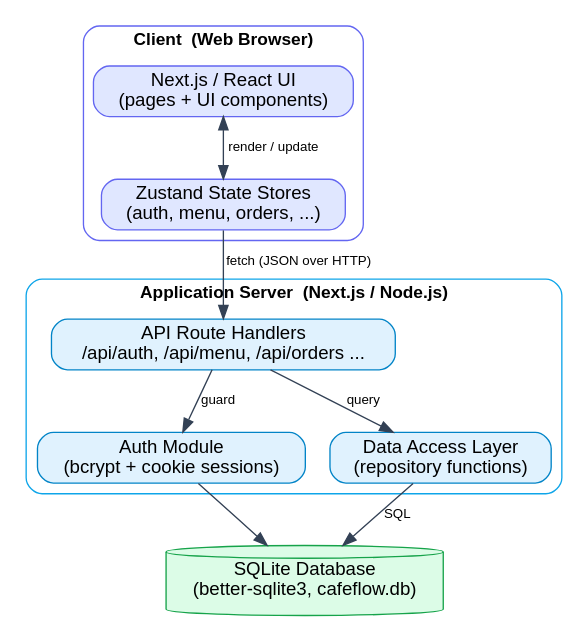
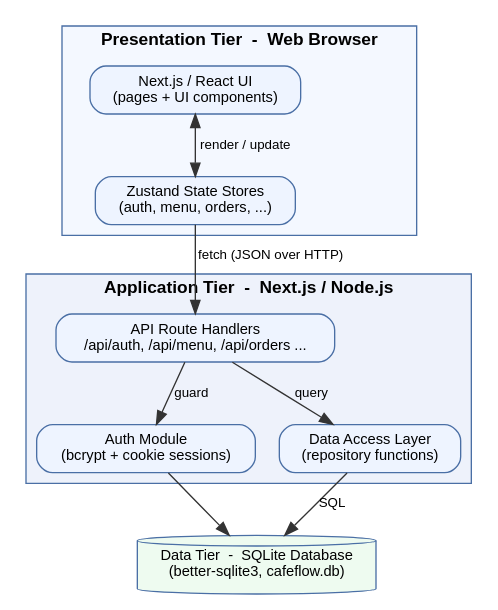
Before and after one commit to ululululu5656/finalproject: the diagram in docs/submission/assets/diagrams/architecture.dot, drawn with Graphviz. The commit also changed 12 other files, not shown here.

First line of the commit message:
Adopt pocket-drs report format; rebuild ER as crow's-foot diagram

```diff
--- a/docs/submission/assets/diagrams/architecture.dot
+++ b/docs/submission/assets/diagrams/architecture.dot
@@ -1,28 +1,31 @@
 digraph Architecture {
   rankdir=TB;
-  graph [bgcolor=white, fontname="Helvetica", fontsize=13, compound=true];
-  node  [fontname="Helvetica", shape=box, style="rounded,filled"];
-  edge  [fontname="Helvetica", fontsize=10, color="#334155"];
+  bgcolor=white;
+  graph [fontname="Helvetica", fontsize=13, compound=true];
+  node  [fontname="Helvetica", fontsize=11, shape=box, style="rounded,filled", fillcolor="#eef4ff", color="#4a6fa5"];
+  edge  [fontname="Helvetica", fontsize=10, color="#333333"];
 
   subgraph cluster_client {
-    label="Client  (Web Browser)"; fontname="Helvetica-Bold"; color="#6366f1"; style="rounded";
-    UI    [label="Next.js / React UI\n(pages + UI components)", fillcolor="#e0e7ff", color="#6366f1"];
-    store [label="Zustand State Stores\n(auth, menu, orders, ...)", fillcolor="#e0e7ff", color="#6366f1"];
+    label="Presentation Tier  -  Web Browser"; fontname="Helvetica-Bold";
+    style=filled; fillcolor="#f4f8ff"; color="#4a6fa5";
+    UI    [label="Next.js / React UI\n(pages + UI components)"];
+    store [label="Zustand State Stores\n(auth, menu, orders, ...)"];
   }
 
   subgraph cluster_server {
-    label="Application Server  (Next.js / Node.js)"; fontname="Helvetica-Bold"; color="#0ea5e9"; style="rounded";
-    api  [label="API Route Handlers\n/api/auth, /api/menu, /api/orders ...", fillcolor="#e0f2fe", color="#0284c7"];
-    auth [label="Auth Module\n(bcrypt + cookie sessions)", fillcolor="#e0f2fe", color="#0284c7"];
-    repo [label="Data Access Layer\n(repository functions)", fillcolor="#e0f2fe", color="#0284c7"];
+    label="Application Tier  -  Next.js / Node.js"; fontname="Helvetica-Bold";
+    style=filled; fillcolor="#eef2fb"; color="#4a6fa5";
+    api  [label="API Route Handlers\n/api/auth, /api/menu, /api/orders ..."];
+    auth [label="Auth Module\n(bcrypt + cookie sessions)"];
+    repo [label="Data Access Layer\n(repository functions)"];
   }
 
-  db [label="SQLite Database\n(better-sqlite3, cafeflow.db)", shape=cylinder, fillcolor="#dcfce7", color="#16a34a"];
+  db [label="Data Tier  -  SQLite Database\n(better-sqlite3, cafeflow.db)", shape=cylinder, fillcolor="#eefbf0", color="#4a6fa5"];
 
   UI -> store [dir=both, label="render / update"];
   store -> api [label="fetch (JSON over HTTP)"];
   api -> auth [label="guard"];
   api -> repo [label="query"];
   auth -> db;
   repo -> db [label="SQL"];
 }
```
